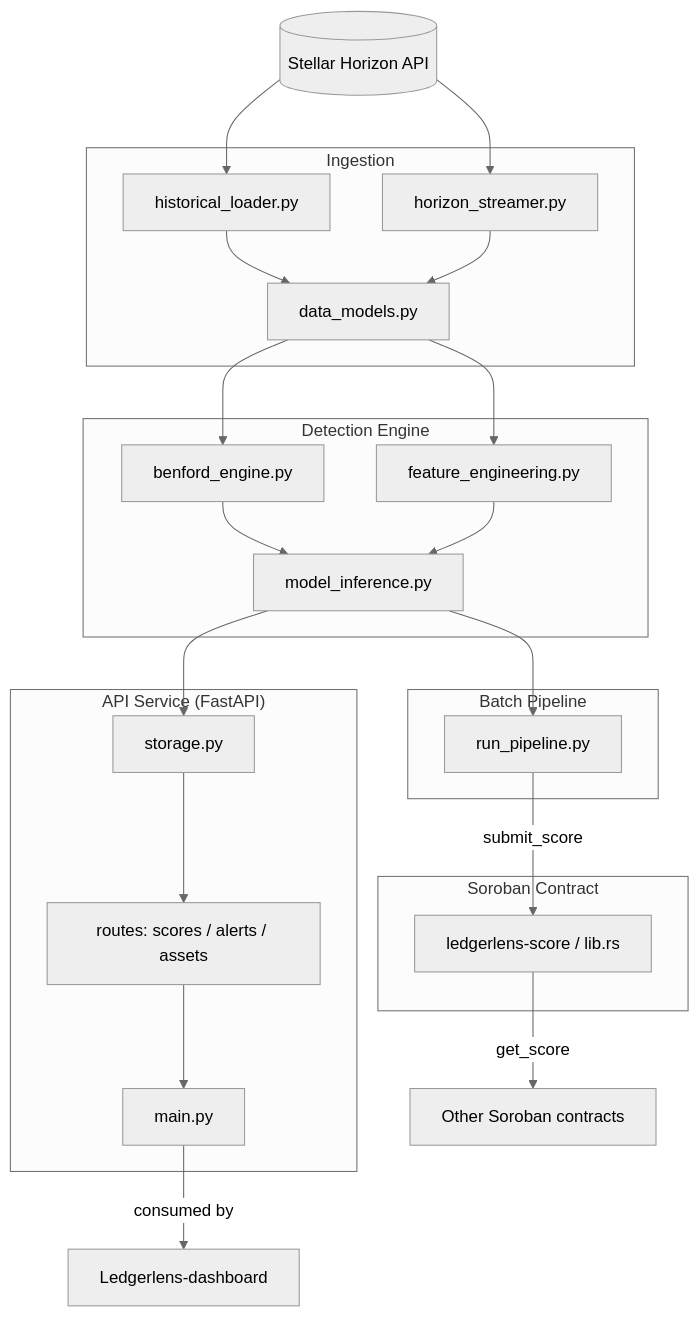
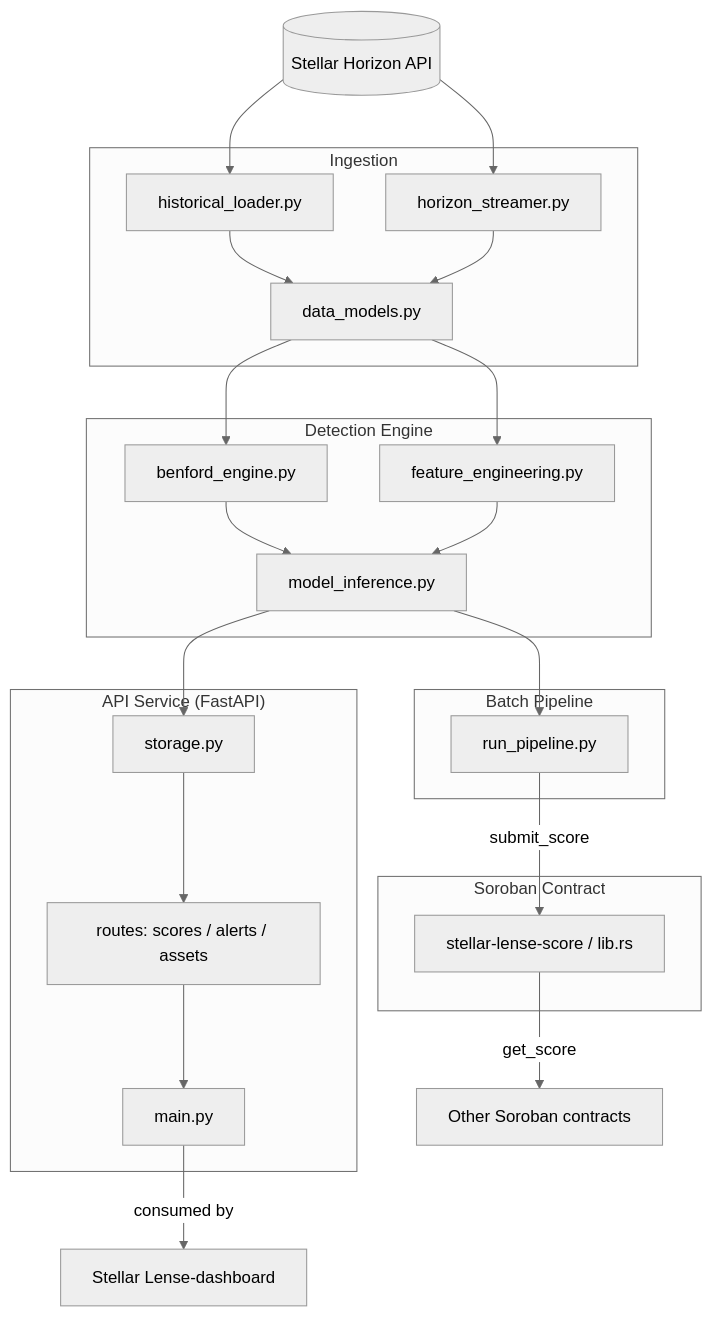
One commit to Stellar-lens/Stellar-Lense changed the diagram in apps/api/README.md. Above: the diagram before and after it, drawn with Mermaid (neutral theme). The commit also changed other lines of this file and 1487 other files, not shown here.

First line of the commit message:
rebrand apps/api: LedgerLens -> Stellar Lense

````diff
--- a/apps/api/README.md
+++ b/apps/api/README.md
@@ -81,44 +81,44 @@
 ```mermaid
 graph TB
     subgraph Ingestion["Ingestion"]
         HIST[historical_loader.py]
         STREAM[horizon_streamer.py]
         MODELS[data_models.py]
     end
 
     subgraph Detection["Detection Engine"]
         BENFORD[benford_engine.py]
         FEATURES[feature_engineering.py]
         SCORE[model_inference.py]
     end
 
     subgraph API["API Service (FastAPI)"]
         MAIN[main.py]
         ROUTES[routes: scores / alerts / assets]
         STORAGE[storage.py]
     end
 
     subgraph Pipeline["Batch Pipeline"]
         RUN[run_pipeline.py]
     end
 
     subgraph Contract["Soroban Contract"]
-        LIB[ledgerlens-score / lib.rs]
+        LIB[stellar-lense-score / lib.rs]
     end
 
     HORIZON[(Stellar Horizon API)] --> HIST
     HORIZON --> STREAM
     HIST --> MODELS
     STREAM --> MODELS
     MODELS --> BENFORD
     MODELS --> FEATURES
     BENFORD --> SCORE
     FEATURES --> SCORE
     SCORE --> STORAGE
     STORAGE --> ROUTES
     ROUTES --> MAIN
     SCORE --> RUN
     RUN -->|submit_score| LIB
-    MAIN -->|consumed by| DASHBOARD[Ledgerlens-dashboard]
+    MAIN -->|consumed by| DASHBOARD[Stellar Lense-dashboard]
     LIB -->|get_score| OTHER[Other Soroban contracts]
 ```
````
